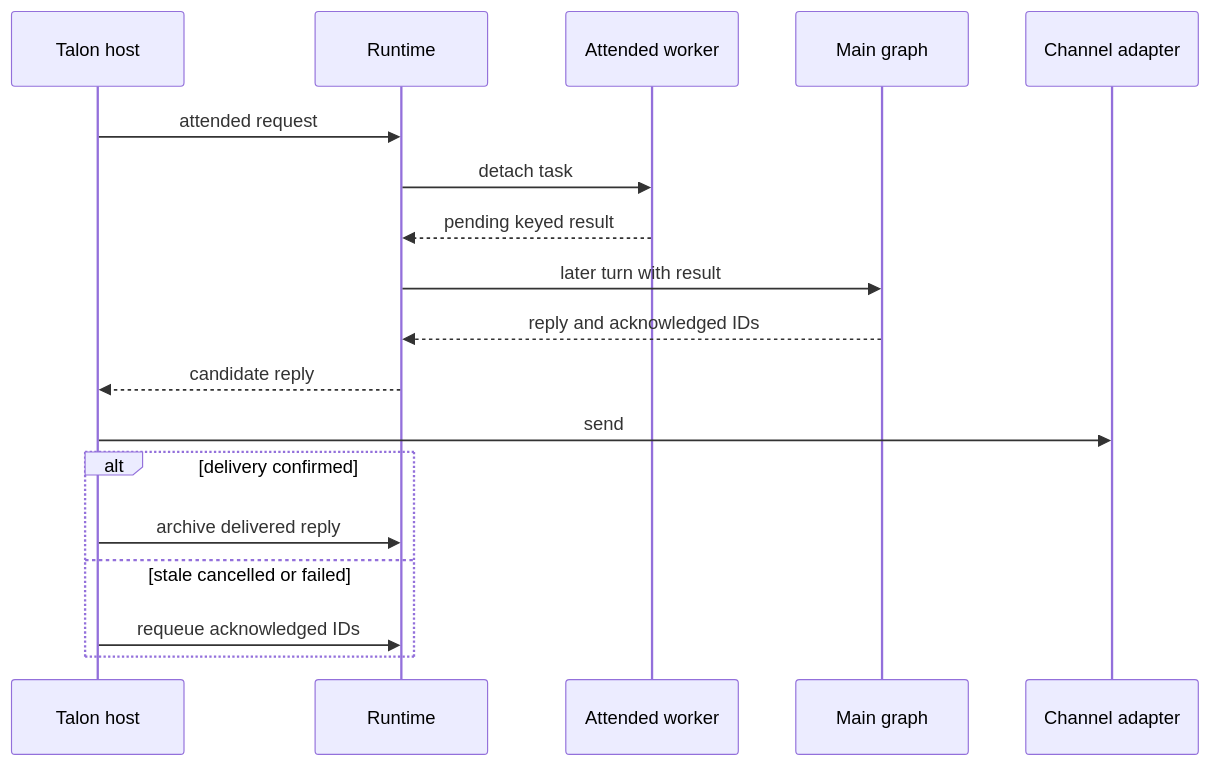
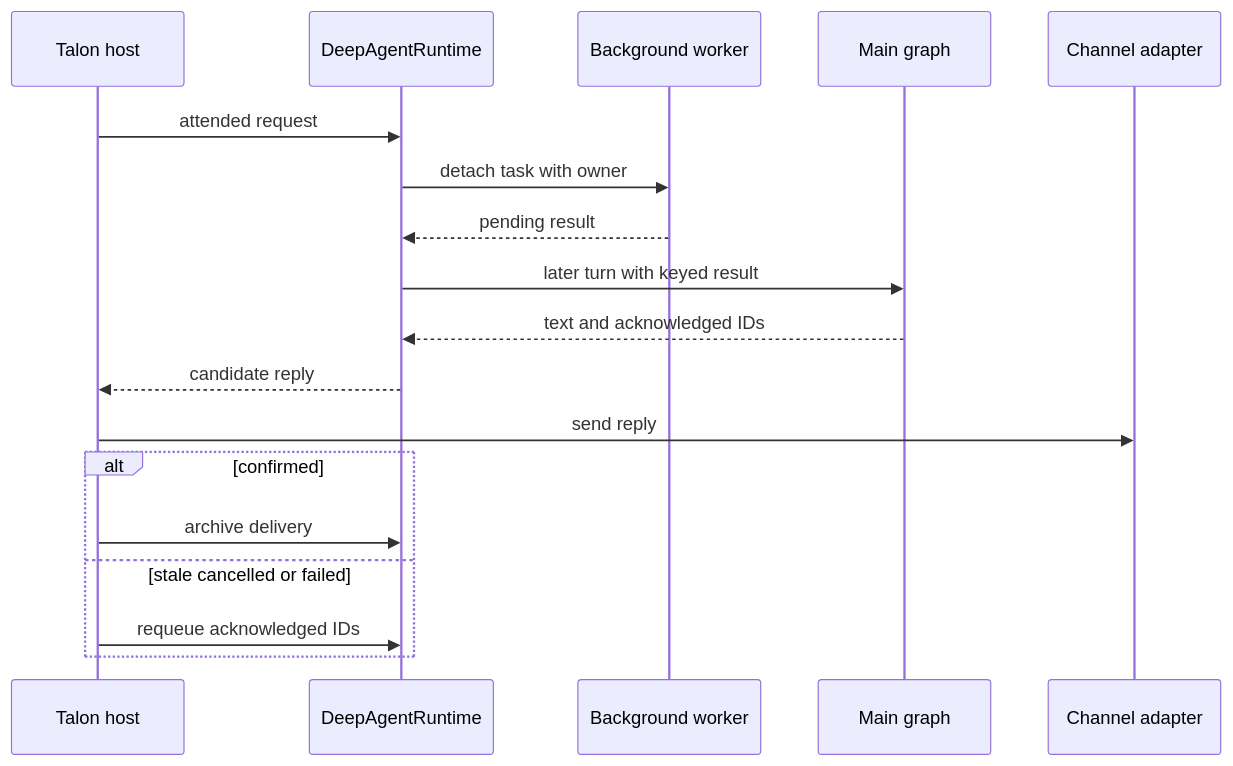
The diagram in openwiki/architecture/runtime-behavior.md (langchain-ai/deepagents), drawn with Mermaid before and after one commit. The commit also changed other lines of this file and 34 other files, not shown here.

````diff
--- a/openwiki/architecture/runtime-behavior.md
+++ b/openwiki/architecture/runtime-behavior.md
@@ -151,20 +33,20 @@
 ```mermaid
 sequenceDiagram
     participant Host as Talon host
-    participant Runtime as Runtime
-    participant Worker as Attended worker
+    participant Runtime as DeepAgentRuntime
+    participant Worker as Background worker
     participant Graph as Main graph
     participant Channel as Channel adapter
     Host->>Runtime: attended request
-    Runtime->>Worker: detach task
-    Worker-->>Runtime: pending keyed result
-    Runtime->>Graph: later turn with result
-    Graph-->>Runtime: reply and acknowledged IDs
+    Runtime->>Worker: detach task with owner
+    Worker-->>Runtime: pending result
+    Runtime->>Graph: later turn with keyed result
+    Graph-->>Runtime: text and acknowledged IDs
     Runtime-->>Host: candidate reply
-    Host->>Channel: send
-    alt delivery confirmed
-        Host->>Runtime: archive delivered reply
+    Host->>Channel: send reply
+    alt confirmed
+        Host->>Runtime: archive delivery
     else stale cancelled or failed
         Host->>Runtime: requeue acknowledged IDs
     end
 ```
````
